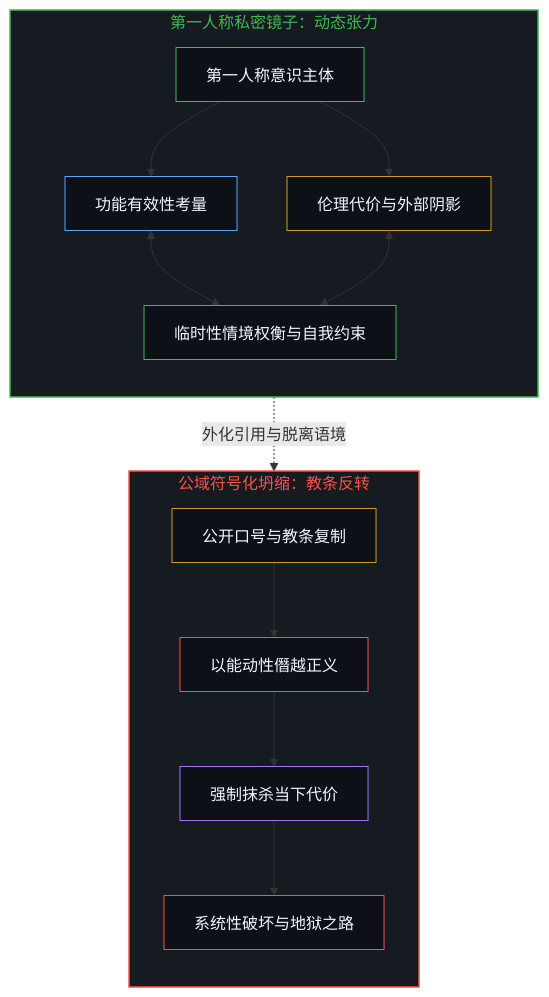
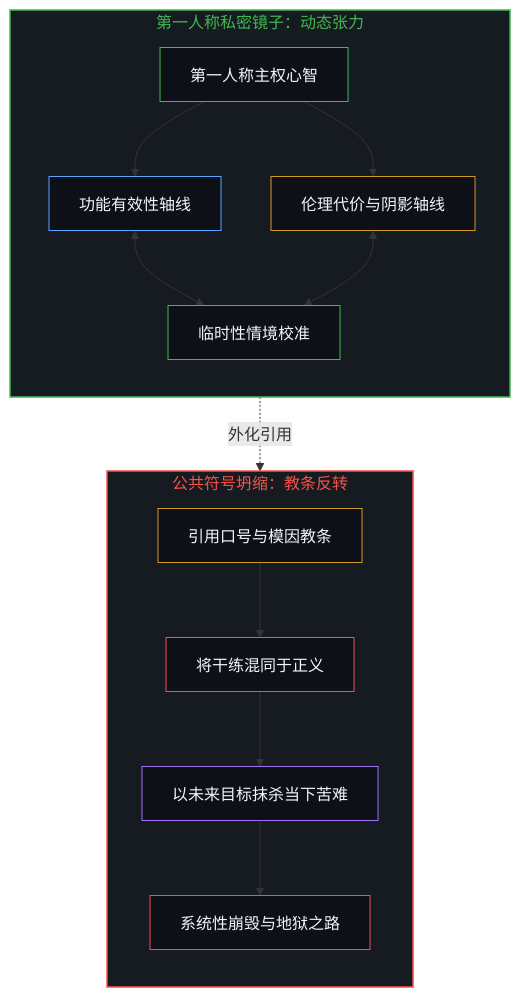
One commit to powerpig99/not-a-toe changed the first of 4 diagrams in content/posts/the-coin-of-good-and-evil-and-the-road-to-hell.md. Above: the diagram before and after it, drawn with Mermaid. The commit also changed other lines of this file and 7 other files, not shown here.

````diff
--- a/content/posts/the-coin-of-good-and-evil-and-the-road-to-hell.md
+++ b/content/posts/the-coin-of-good-and-evil-and-the-road-to-hell.md
@@ -39,41 +39,36 @@
 ```mermaid
 graph TD
     classDef default fill:#0d1117,stroke:#58a6ff,stroke-width:1px,color:#f0f6fc;
-
     subgraph S_Private ["第一人称私密镜子：动态张力"]
         direction TB
         style S_Private fill:#161b22,stroke:#3fb950,stroke-width:1.5px,color:#3fb950
-        P_Mind["第一人称意识主体"]
-        P_Effective["功能有效性考量"]
-        P_Cost["伦理代价与外部阴影"]
-        P_Balance["临时性情境权衡与自我约束"]
+        P_Mind["第一人称主权心智"]
+        P_Effective["功能有效性轴线"]
+        P_Cost["伦理代价与阴影轴线"]
+        P_Balance["临时性情境校准"]
         P_Mind --> P_Effective
         P_Mind --> P_Cost
         P_Effective <--> P_Balance
         P_Cost <--> P_Balance
     end
-
-    subgraph S_Public ["公域符号化坍缩：教条反转"]
+    subgraph S_Public ["公共符号坍缩：教条反转"]
         direction TB
         style S_Public fill:#161b22,stroke:#f85149,stroke-width:1.5px,color:#f85149
-        PUB_Slogan["公开口号与教条复制"]
-        PUB_Righteous["以能动性僭越正义"]
-        PUB_Ignore["强制抹杀当下代价"]
-        PUB_Hell["系统性破坏与地狱之路"]
+        PUB_Slogan["引用口号与模因教条"]
+        PUB_Righteous["将干练混同于正义"]
+        PUB_Ignore["以未来目标抹杀当下苦难"]
+        PUB_Hell["系统性崩毁与地狱之路"]
         PUB_Slogan --> PUB_Righteous
         PUB_Righteous --> PUB_Ignore
         PUB_Ignore --> PUB_Hell
     end
-
-    P_Balance -.->|"外化引用与脱离语境"| PUB_Slogan
-
+    P_Balance -.->|"外化引用"| PUB_Slogan
     style P_Mind fill:#0d1117,stroke:#3fb950,stroke-width:1px,color:#f0f6fc
     style P_Effective fill:#0d1117,stroke:#58a6ff,stroke-width:1px,color:#f0f6fc
     style P_Cost fill:#0d1117,stroke:#d29922,stroke-width:1px,color:#f0f6fc
     style P_Balance fill:#0d1117,stroke:#3fb950,stroke-width:1px,color:#f0f6fc
-
     style PUB_Slogan fill:#0d1117,stroke:#d29922,stroke-width:1px,color:#f0f6fc
     style PUB_Righteous fill:#0d1117,stroke:#f85149,stroke-width:1px,color:#f0f6fc
     style PUB_Ignore fill:#0d1117,stroke:#a371f7,stroke-width:1px,color:#f0f6fc
     style PUB_Hell fill:#0d1117,stroke:#f85149,stroke-width:1px,color:#f0f6fc
 ```
````
